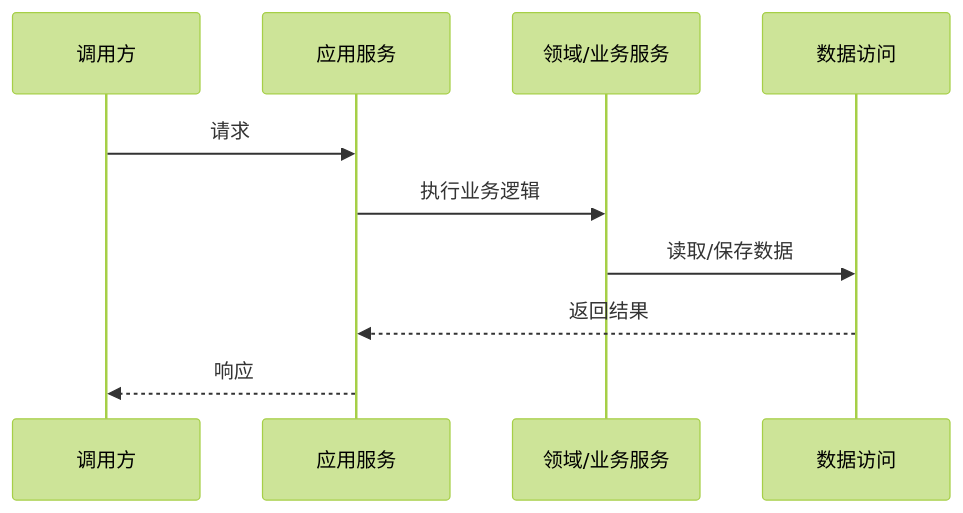
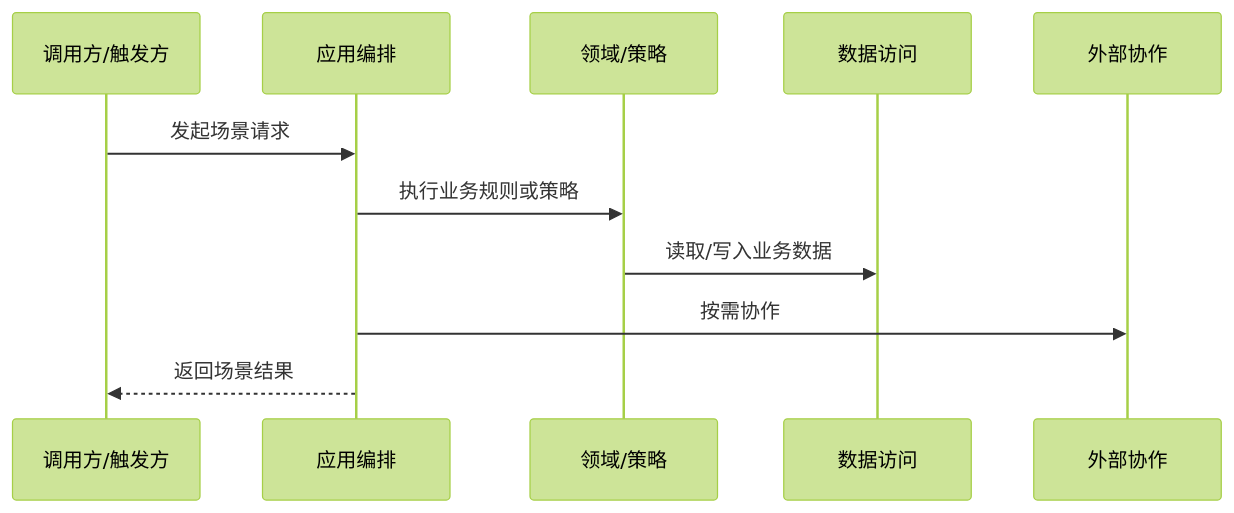
The second of 2 diagrams in fons4ai-sdd/skills/fons4ai-project-knowledge-base-init/references/technical-architecture-template.md (nauyiq/fons4ai), drawn with Mermaid (forest theme) before and after one commit. The commit also changed other lines of this file and 32 other files, not shown here.

````diff
--- a/fons4ai-sdd/skills/fons4ai-project-knowledge-base-init/references/technical-architecture-template.md
+++ b/fons4ai-sdd/skills/fons4ai-project-knowledge-base-init/references/technical-architecture-template.md
@@ -59,12 +69,13 @@
 ```mermaid
 sequenceDiagram
-    participant C as 调用方
-    participant A as 应用服务
-    participant D as 领域/业务服务
+    participant C as 调用方/触发方
+    participant A as 应用编排
+    participant D as 领域/策略
     participant R as 数据访问
-    C->>A: 请求
-    A->>D: 执行业务逻辑
-    D->>R: 读取/保存数据
-    R-->>A: 返回结果
-    A-->>C: 响应
+    participant X as 外部协作
+    C->>A: 发起场景请求
+    A->>D: 执行业务规则或策略
+    D->>R: 读取/写入业务数据
+    A->>X: 按需协作
+    A-->>C: 返回场景结果
 ```
````
